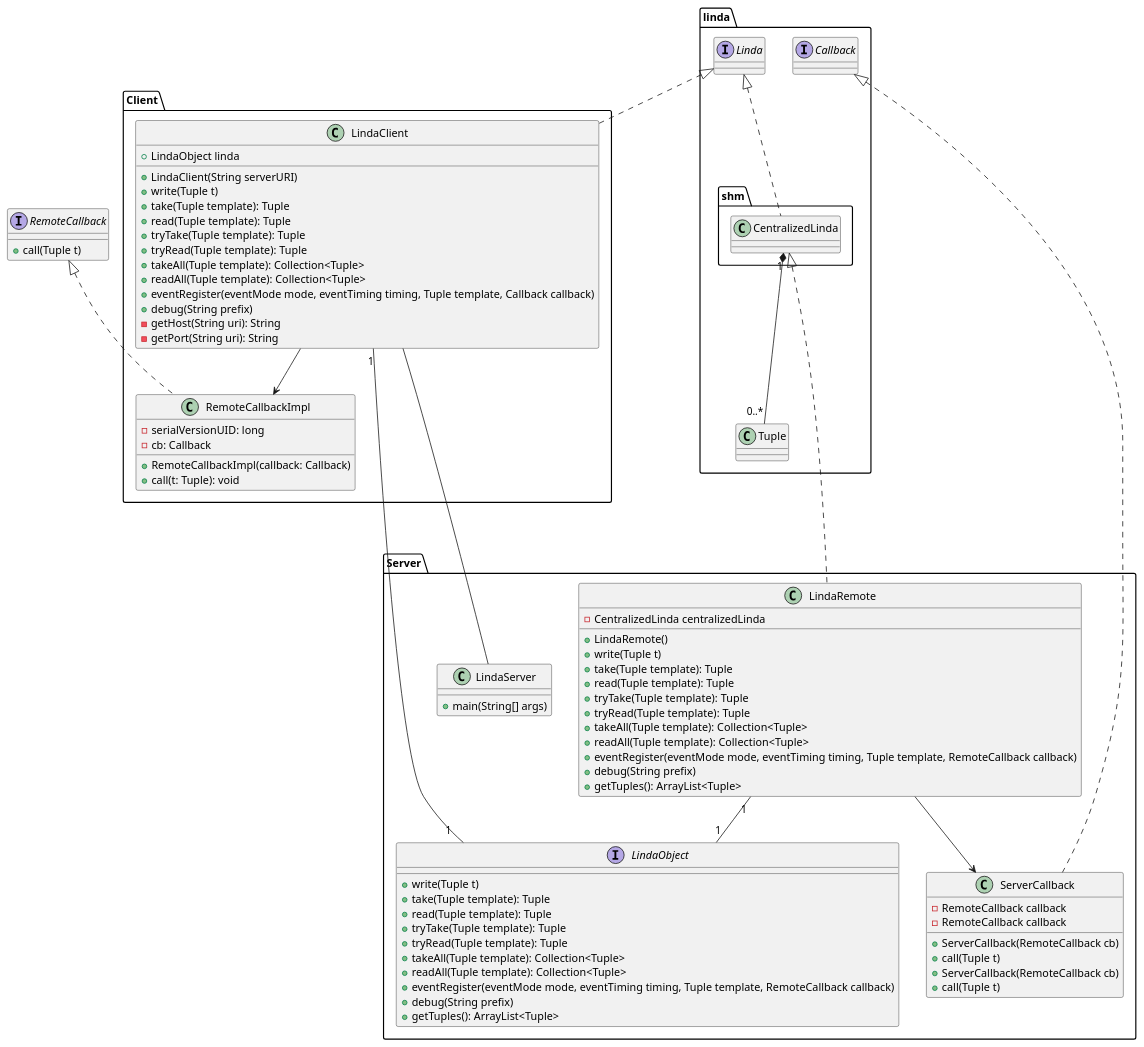
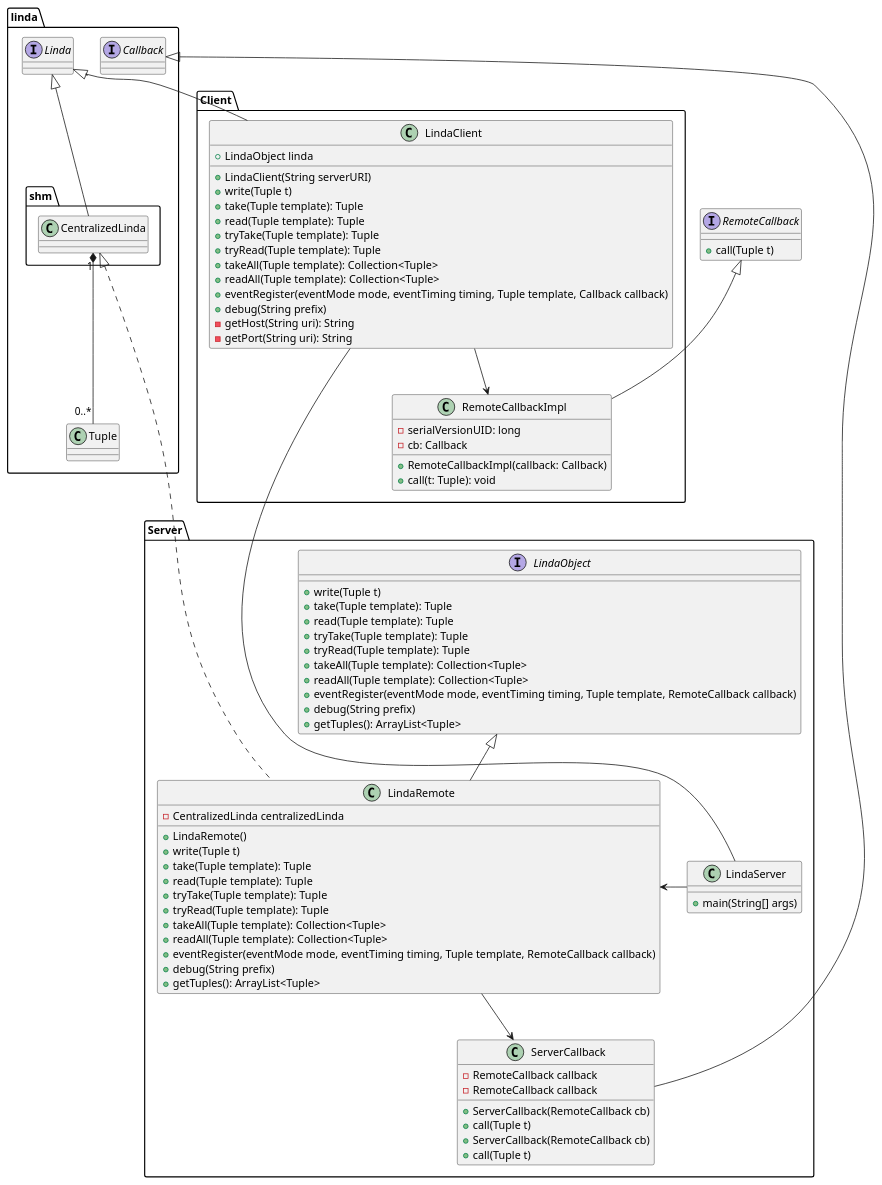
The diagram in linda/server/Diagramme/Diagramme_de_classe.plantuml (HayZun/Intergiciel), drawn with PlantUML before and after one commit. The commit also changed 2 other files, not shown here.

```diff
--- a/linda/server/Diagramme/Diagramme_de_classe.plantuml
+++ b/linda/server/Diagramme/Diagramme_de_classe.plantuml
@@ -1,110 +1,110 @@
 @startuml
 
 package Client {
     class LindaClient {
         + LindaObject linda
         + LindaClient(String serverURI)
         + write(Tuple t)
         + take(Tuple template): Tuple
         + read(Tuple template): Tuple
         + tryTake(Tuple template): Tuple
         + tryRead(Tuple template): Tuple
         + takeAll(Tuple template): Collection<Tuple>
         + readAll(Tuple template): Collection<Tuple>
         + eventRegister(eventMode mode, eventTiming timing, Tuple template, Callback callback)
         + debug(String prefix)
         - getHost(String uri): String
         - getPort(String uri): String
     }
 
 class RemoteCallbackImpl {
   - serialVersionUID: long
   - cb: Callback
   + RemoteCallbackImpl(callback: Callback)
   + call(t: Tuple): void
 }
 
 }
 
 interface RemoteCallback {
         + call(Tuple t)
     }
 
-RemoteCallback <|.. RemoteCallbackImpl
+RemoteCallback <|-- RemoteCallbackImpl
 
 
 package linda {
   class Tuple {
   }
   interface Linda {
   }
   interface Callback {
   }
 }
 
 package linda.shm {
 
   class CentralizedLinda {
   }
 
 }
 
 package Server {
     class ServerCallback {
         - RemoteCallback callback
         + ServerCallback(RemoteCallback cb)
         + call(Tuple t)
     }
 
     class LindaRemote {
         - CentralizedLinda centralizedLinda
         + LindaRemote()
         + write(Tuple t)
         + take(Tuple template): Tuple
         + read(Tuple template): Tuple
         + tryTake(Tuple template): Tuple
         + tryRead(Tuple template): Tuple
         + takeAll(Tuple template): Collection<Tuple>
         + readAll(Tuple template): Collection<Tuple>
         + eventRegister(eventMode mode, eventTiming timing, Tuple template, RemoteCallback callback)
         + debug(String prefix)
         + getTuples(): ArrayList<Tuple>
     }
 
 
     class ServerCallback {
         - RemoteCallback callback
         + ServerCallback(RemoteCallback cb)
         + call(Tuple t)
     }
 
     interface LindaObject {
         + write(Tuple t)
         + take(Tuple template): Tuple
         + read(Tuple template): Tuple
         + tryTake(Tuple template): Tuple
         + tryRead(Tuple template): Tuple
         + takeAll(Tuple template): Collection<Tuple>
         + readAll(Tuple template): Collection<Tuple>
         + eventRegister(eventMode mode, eventTiming timing, Tuple template, RemoteCallback callback)
         + debug(String prefix)
         + getTuples(): ArrayList<Tuple>
     }
     class LindaServer {
         + main(String[] args)
     }
   
   CentralizedLinda <|.. LindaRemote
 
   LindaClient --> RemoteCallbackImpl
   LindaClient ---- LindaServer
   LindaRemote --> ServerCallback
 }
 
-Callback <|.. ServerCallback
-Linda <|.. LindaClient
-Linda <|.. CentralizedLinda
+Callback <|-- ServerCallback
+Linda <|-- LindaClient
+Linda <|-- CentralizedLinda
+LindaObject <|-- LindaRemote
 CentralizedLinda "1" *-- "0..*" Tuple
-LindaClient "1" -- "1" LindaObject
-LindaRemote "1" -- "1" LindaObject
+LindaRemote <- LindaServer
 @enduml
```
